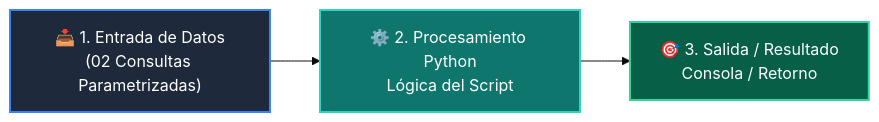
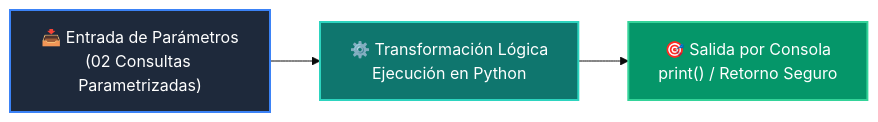
The diagram in 04-proyecto-final/clase-03-persistencia-sql-transacciones/ejemplos/ejemplo_02_consultas_parametrizadas/README.md (wisrovi/wisrovi-python), drawn with Mermaid (base theme) before and after one commit. The commit also changed other lines of this file and 226 other files, not shown here.

Commit message:
docs: elevate all repository READMEs to world-class mastery standard with rich pedagogical architecture, custom Mermaids, and professional styling

````diff
--- a/04-proyecto-final/clase-03-persistencia-sql-transacciones/ejemplos/ejemplo_02_consultas_parametrizadas/README.md
+++ b/04-proyecto-final/clase-03-persistencia-sql-transacciones/ejemplos/ejemplo_02_consultas_parametrizadas/README.md
@@ -12,9 +19,9 @@
 ```mermaid
 flowchart LR
-    A["📥 1. Entrada de Datos<br/>(02 Consultas Parametrizadas)"] --> B["⚙️ 2. Procesamiento Python<br/>Lógica del Script"]
-    B --> C["🎯 3. Salida / Resultado<br/>Consola / Retorno"]
+    A["📥 Entrada de Parámetros<br/>(02 Consultas Parametrizadas)"] --> B["⚙️ Transformación Lógica<br/>Ejecución en Python"]
+    B --> C["🎯 Salida por Consola<br/>print() / Retorno Seguro"]
 
-    style A fill:#1e293b,color:#fff,stroke:#3b82f6,stroke-width:2px
-    style B fill:#0f766e,color:#fff,stroke:#2dd4bf,stroke-width:2px
-    style C fill:#065f46,color:#fff,stroke:#34d399,stroke-width:2px
+    style A fill:#1e293b,color:#ffffff,stroke:#3b82f6,stroke-width:2px
+    style B fill:#0f766e,color:#ffffff,stroke:#2dd4bf,stroke-width:2px
+    style C fill:#059669,color:#ffffff,stroke:#34d399,stroke-width:2px
 ```
````
